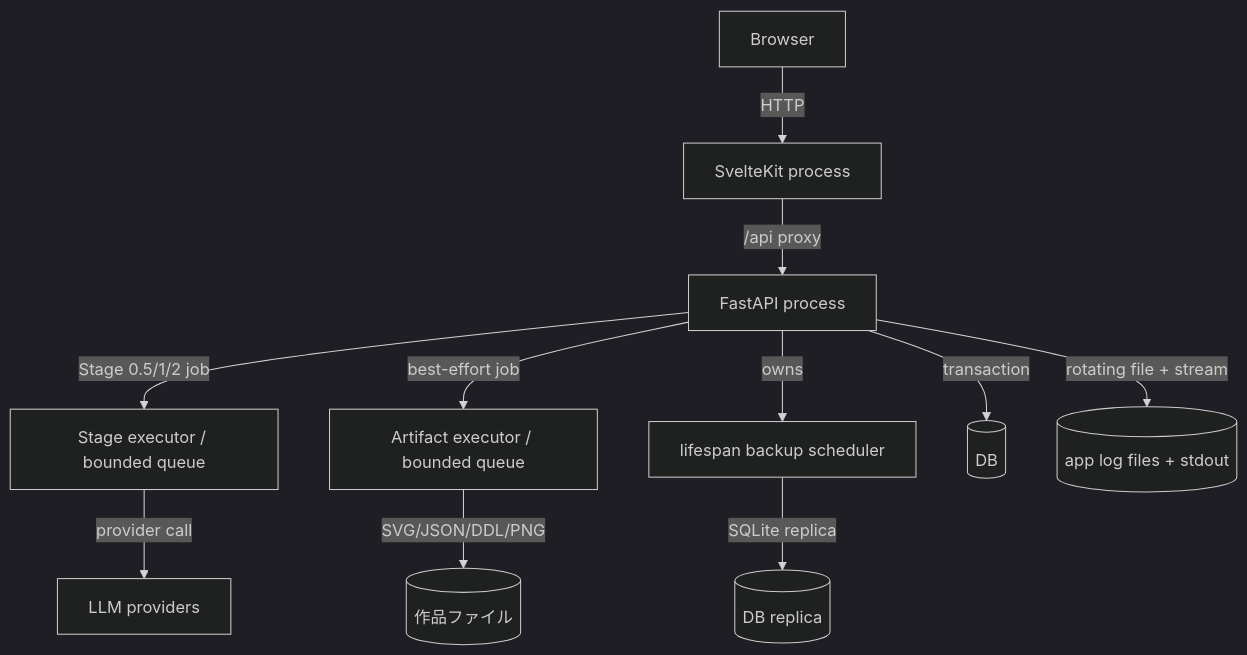
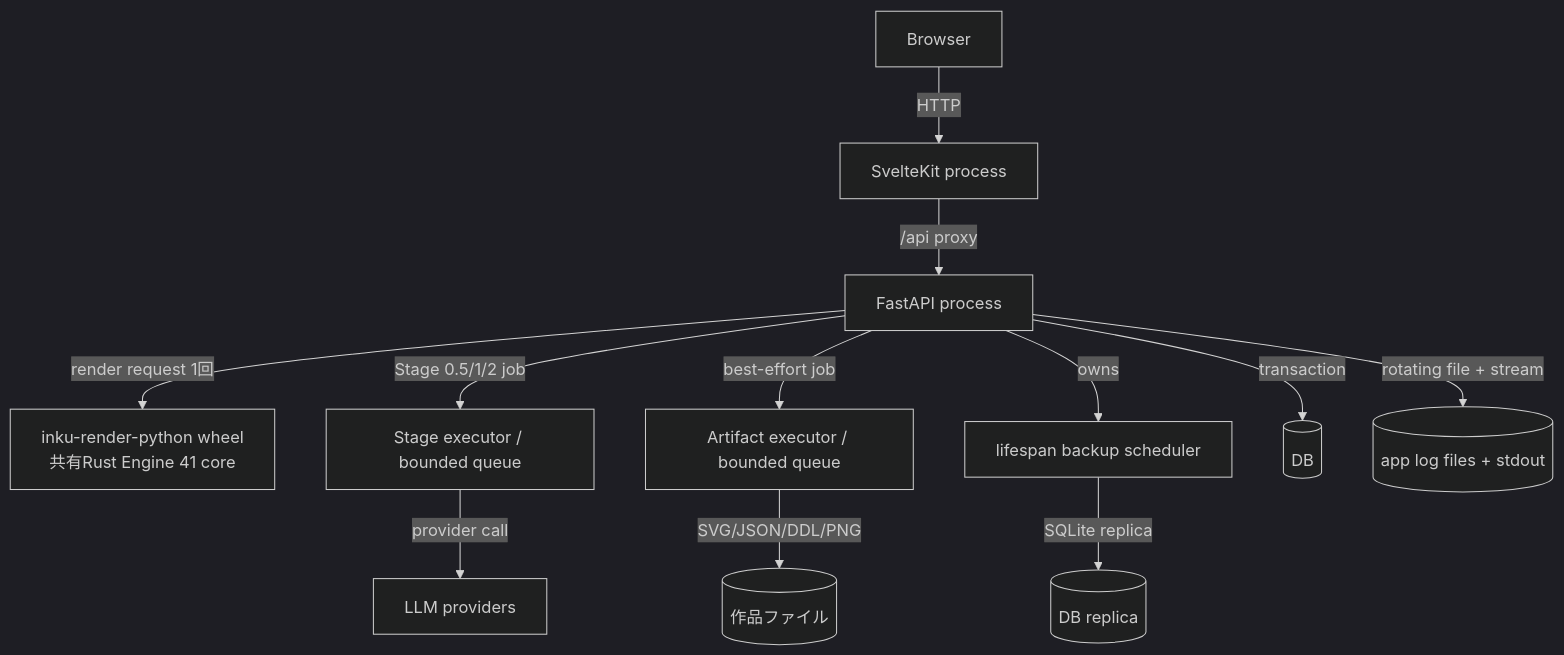
Before and after one commit to oikawas/inku-lang: the first of 2 diagrams in docs/architecture/runtime-containers.ja.md, drawn with Mermaid (dark theme). The commit also changed other lines of this file and 17 other files, not shown here.

````diff
--- a/docs/architecture/runtime-containers.ja.md
+++ b/docs/architecture/runtime-containers.ja.md
@@ -7,25 +7,27 @@
 ```mermaid
 flowchart TB
     BROWSER["Browser"]
     WEB_PROC["SvelteKit process"]
     API_PROC["FastAPI process"]
+    NATIVE_RENDER["inku-render-python wheel\n共有Rust Engine 41 core"]
     STAGE_POOL["Stage executor / bounded queue"]
     SAVE_POOL["Artifact executor / bounded queue"]
     BACKUP_TASK["lifespan backup scheduler"]
     PROVIDERS["LLM providers"]
     DB[("DB")]
     OUTPUTS[("作品ファイル")]
     BACKUPS[("DB replica")]
     LOGS[("app log files + stdout")]
 
     BROWSER -->|"HTTP"| WEB_PROC
     WEB_PROC -->|"/api proxy"| API_PROC
+    API_PROC -->|"render request 1回"| NATIVE_RENDER
     API_PROC -->|"Stage 0.5/1/2 job"| STAGE_POOL
     STAGE_POOL -->|"provider call"| PROVIDERS
     API_PROC -->|"transaction"| DB
     API_PROC -->|"best-effort job"| SAVE_POOL
     SAVE_POOL -->|"SVG/JSON/DDL/PNG"| OUTPUTS
     API_PROC -->|"owns"| BACKUP_TASK
     BACKUP_TASK -->|"SQLite replica"| BACKUPS
     API_PROC -->|"rotating file + stream"| LOGS
 ```
````
